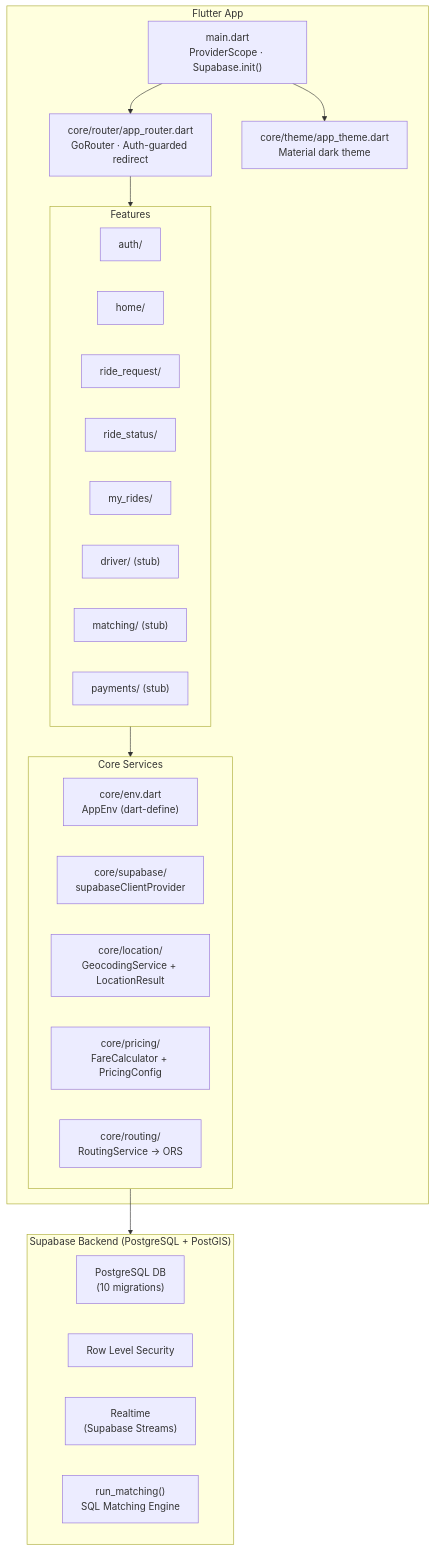
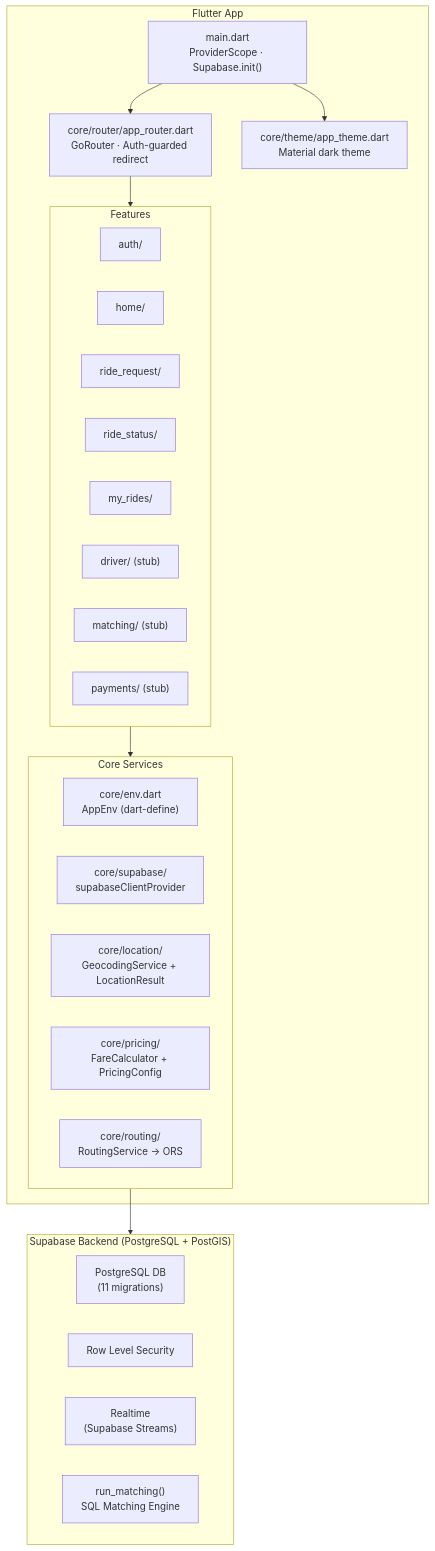
Before and after one commit to flywithcoding/sharegari: the first of 9 diagrams in sharegari_graph.md, drawn with Mermaid. The commit also changed other lines of this file and 5 other files, not shown here.

````diff
--- a/sharegari_graph.md
+++ b/sharegari_graph.md
@@ -10,40 +10,40 @@
 ```mermaid
 graph TD
     subgraph Flutter["Flutter App"]
         MAIN["main.dart\nProviderScope · Supabase.init()"]
         ROUTER["core/router/app_router.dart\nGoRouter · Auth-guarded redirect"]
         THEME["core/theme/app_theme.dart\nMaterial dark theme"]
 
         subgraph Features["Features"]
             AUTH["auth/"]
             HOME["home/"]
             RREQ["ride_request/"]
             RSTATUS["ride_status/"]
             MYRIDES["my_rides/"]
             DRIVER["driver/ (stub)"]
             MATCHING["matching/ (stub)"]
             PAYMENTS["payments/ (stub)"]
         end
 
         subgraph Core["Core Services"]
             ENV["core/env.dart\nAppEnv (dart-define)"]
             SB_PROV["core/supabase/\nsupabaseClientProvider"]
             LOC["core/location/\nGeocodingService + LocationResult"]
             PRICING["core/pricing/\nFareCalculator + PricingConfig"]
             ROUTING["core/routing/\nRoutingService → ORS"]
         end
     end
 
     subgraph Supabase["Supabase Backend (PostgreSQL + PostGIS)"]
-        DB["PostgreSQL DB\n(10 migrations)"]
+        DB["PostgreSQL DB\n(11 migrations)"]
         RLS["Row Level Security"]
         RT["Realtime\n(Supabase Streams)"]
         MATCH_FN["run_matching()\nSQL Matching Engine"]
     end
 
     MAIN --> ROUTER
     MAIN --> THEME
     ROUTER --> Features
     Features --> Core
     Core --> Supabase
 ```
````
